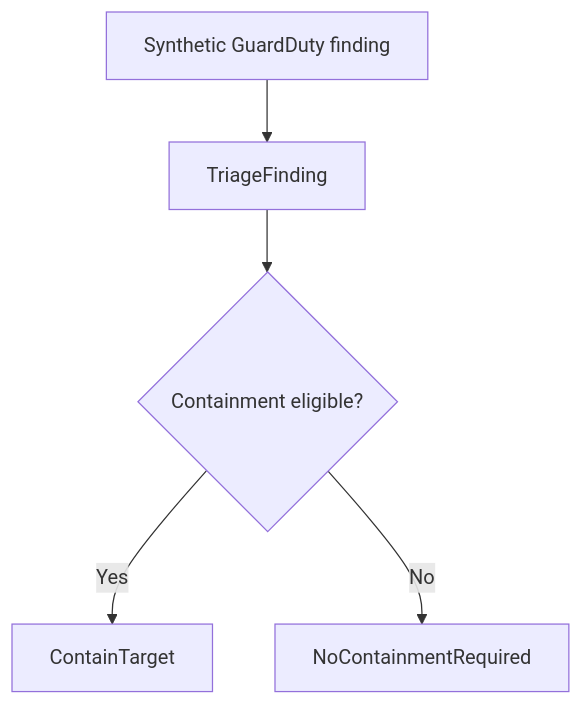
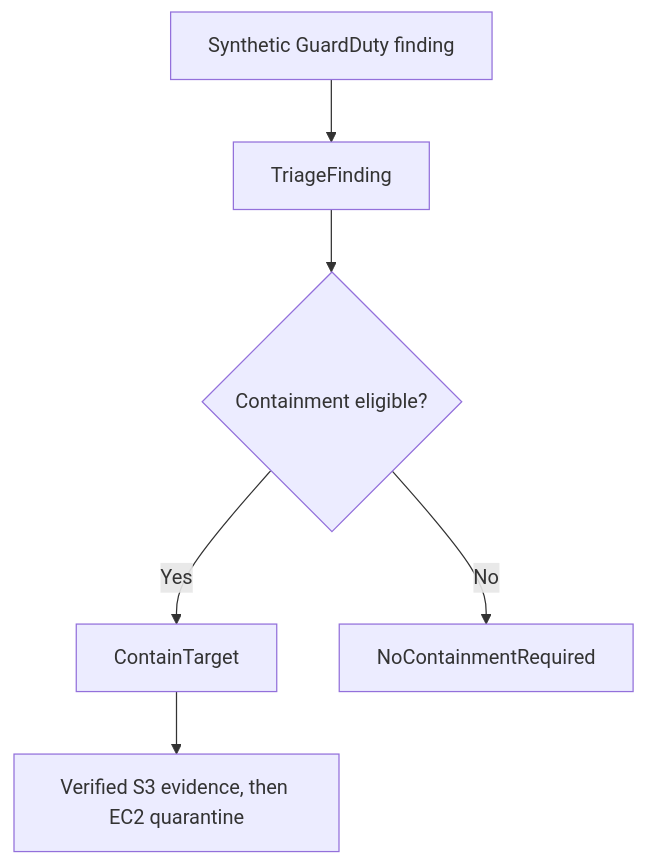
The diagram in docs/orchestration-validation.md (salenrod/aws-cloud-ir-automation-lab), drawn with Mermaid before and after one commit. The commit also changed other lines of this file and 7 other files, not shown here.

````diff
--- a/docs/orchestration-validation.md
+++ b/docs/orchestration-validation.md
@@ -14,7 +14,8 @@
 ```mermaid
 flowchart TD
     A["Synthetic GuardDuty finding"] --> B["TriageFinding"]
     B --> C{"Containment eligible?"}
     C -->|Yes| D["ContainTarget"]
     C -->|No| E["NoContainmentRequired"]
+    D --> F["Verified S3 evidence, then EC2 quarantine"]
 ```
````
